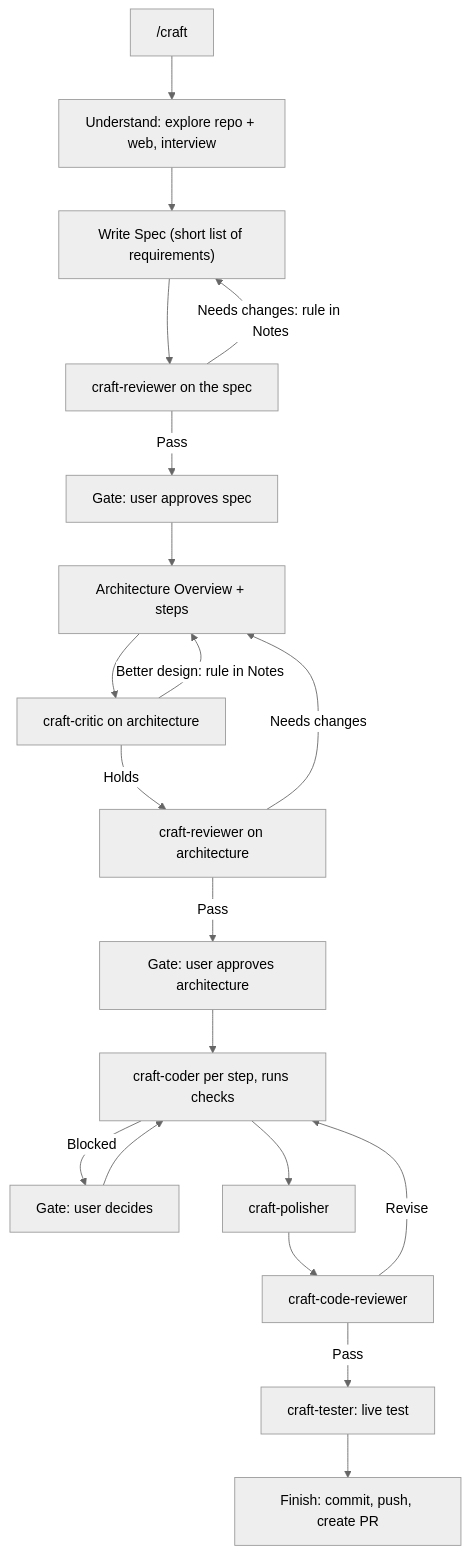
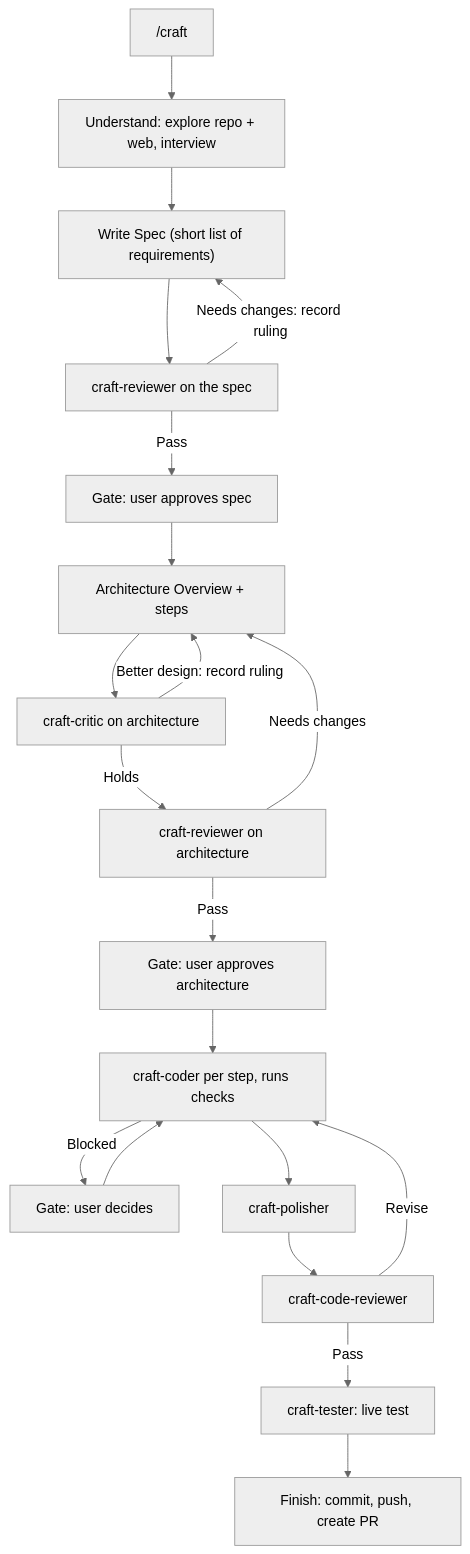
The diagram in README.md (AidenHadisi/craft), drawn with Mermaid (neutral theme) before and after one commit. The commit also changed other lines of this file and 25 other files, not shown here.

````diff
--- a/README.md
+++ b/README.md
@@ -37,22 +36,22 @@
 ```mermaid
 flowchart TD
     start["/craft"] --> understand["Understand: explore repo + web, interview"]
     understand --> spec["Write Spec (short list of requirements)"]
     spec --> specReview["craft-reviewer on the spec"]
-    specReview -->|"Needs changes: rule in Notes"| spec
+    specReview -->|"Needs changes: record ruling"| spec
     specReview -->|Pass| specGate["Gate: user approves spec"]
     specGate --> arch["Architecture Overview + steps"]
     arch --> archCritic["craft-critic on architecture"]
-    archCritic -->|"Better design: rule in Notes"| arch
+    archCritic -->|"Better design: record ruling"| arch
     archCritic -->|Holds| archReview["craft-reviewer on architecture"]
     archReview -->|"Needs changes"| arch
     archReview -->|Pass| archGate["Gate: user approves architecture"]
     archGate --> coder["craft-coder per step, runs checks"]
     coder -->|Blocked| unblock["Gate: user decides"]
     unblock --> coder
     coder --> polish["craft-polisher"]
     polish --> codeReview["craft-code-reviewer"]
     codeReview -->|Revise| coder
     codeReview -->|Pass| test["craft-tester: live test"]
     test --> finish["Finish: commit, push, create PR"]
 ```
````
